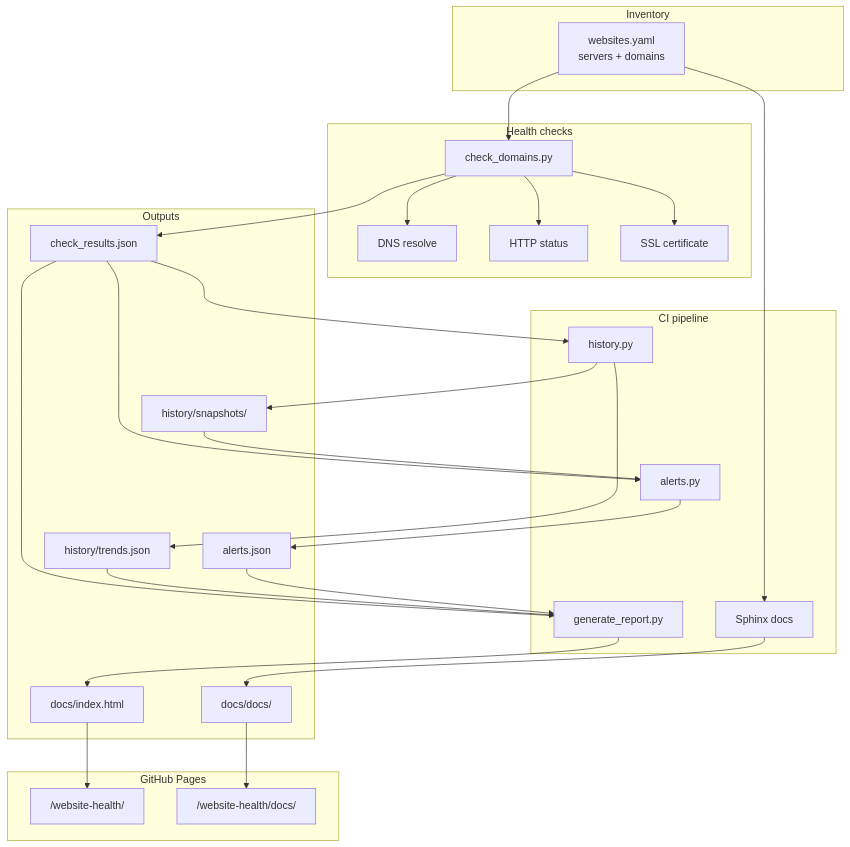
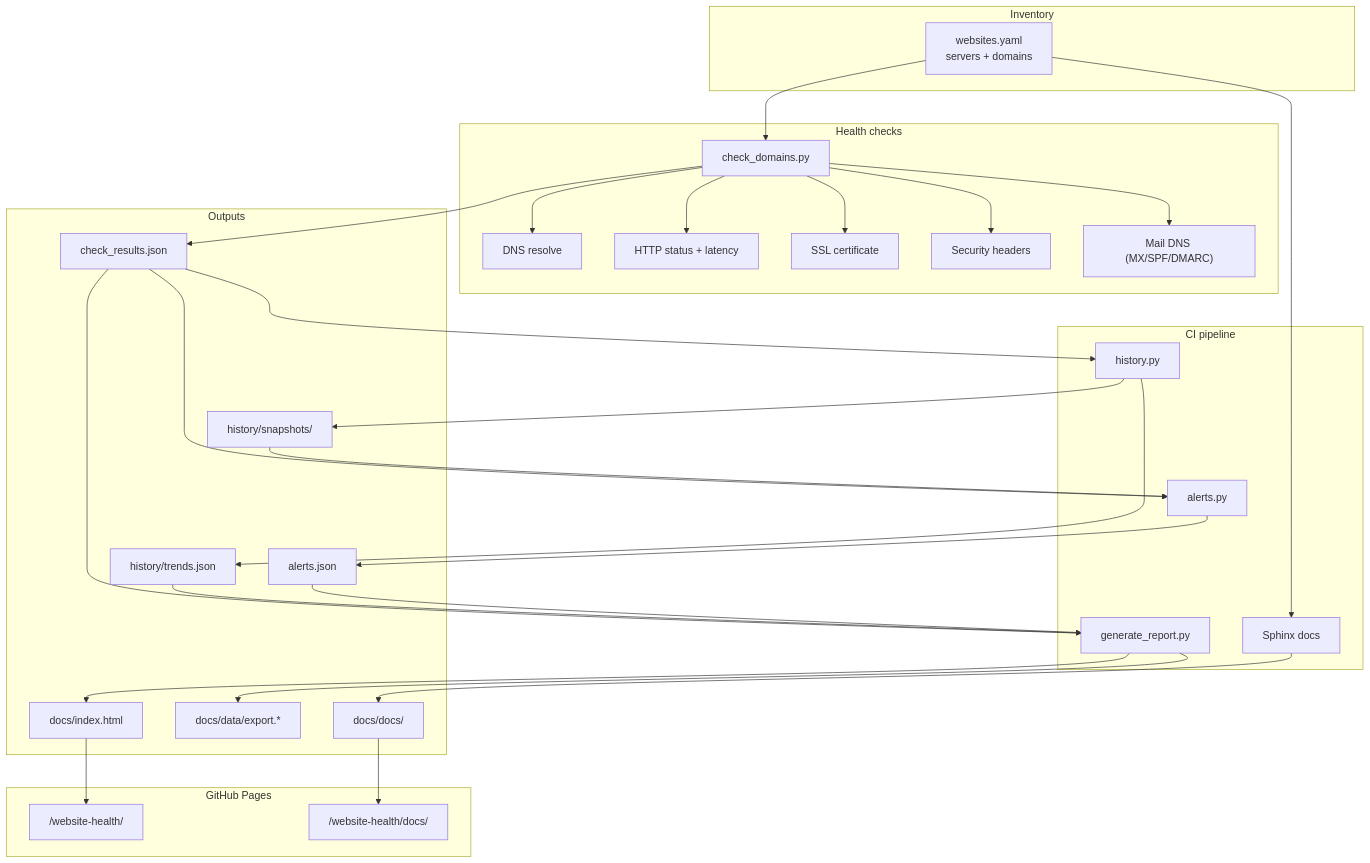
Before and after one commit to hubertba/website-health: the first of 6 diagrams in requirements-docs/diagrams.rst, drawn with Mermaid. The commit also changed other lines of this file and 20 other files, not shown here.

```diff
--- a/requirements-docs/diagrams.rst
+++ b/requirements-docs/diagrams.rst
@@ -7,51 +7,55 @@
 .. mermaid::
 
    flowchart TB
      subgraph inventory["Inventory"]
        YAML["websites.yaml<br/>servers + domains"]
      end
 
      subgraph checks["Health checks"]
        CHECK["check_domains.py"]
        DNS["DNS resolve"]
-       HTTP["HTTP status"]
+       HTTP["HTTP status + latency"]
        SSL["SSL certificate"]
+       SEC["Security headers"]
+       MAIL["Mail DNS (MX/SPF/DMARC)"]
      end
 
      subgraph pipeline["CI pipeline"]
        ALERTS["alerts.py"]
        HIST["history.py"]
        REPORT["generate_report.py"]
        SPHINX["Sphinx docs"]
      end
 
      subgraph output["Outputs"]
        JSON["check_results.json"]
        SNAP["history/snapshots/"]
        TRENDS["history/trends.json"]
        ALERTJSON["alerts.json"]
        HTML["docs/index.html"]
+       DATA["docs/data/export.*"]
        DOCS["docs/docs/"]
      end
 
      subgraph pages["GitHub Pages"]
        ROOT["/website-health/"]
        DOCPATH["/website-health/docs/"]
      end
 
      YAML --> CHECK
-     CHECK --> DNS & HTTP & SSL
+     CHECK --> DNS & HTTP & SSL & SEC & MAIL
      CHECK --> JSON
      JSON --> ALERTS
      SNAP --> ALERTS
      ALERTS --> ALERTJSON
      JSON --> HIST
      HIST --> SNAP & TRENDS
      JSON --> REPORT
      TRENDS --> REPORT
      ALERTJSON --> REPORT
      REPORT --> HTML
+     REPORT --> DATA
      YAML --> SPHINX
      SPHINX --> DOCS
      HTML --> ROOT
      DOCS --> DOCPATH
```
